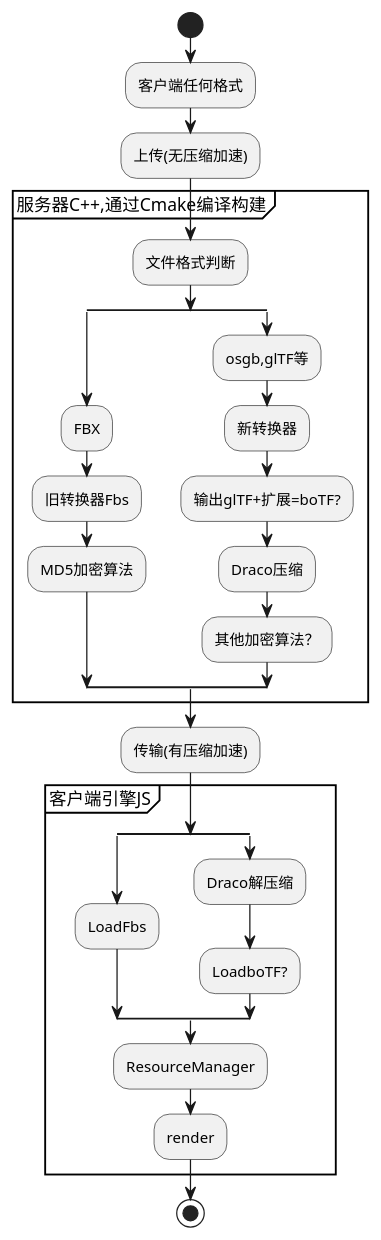
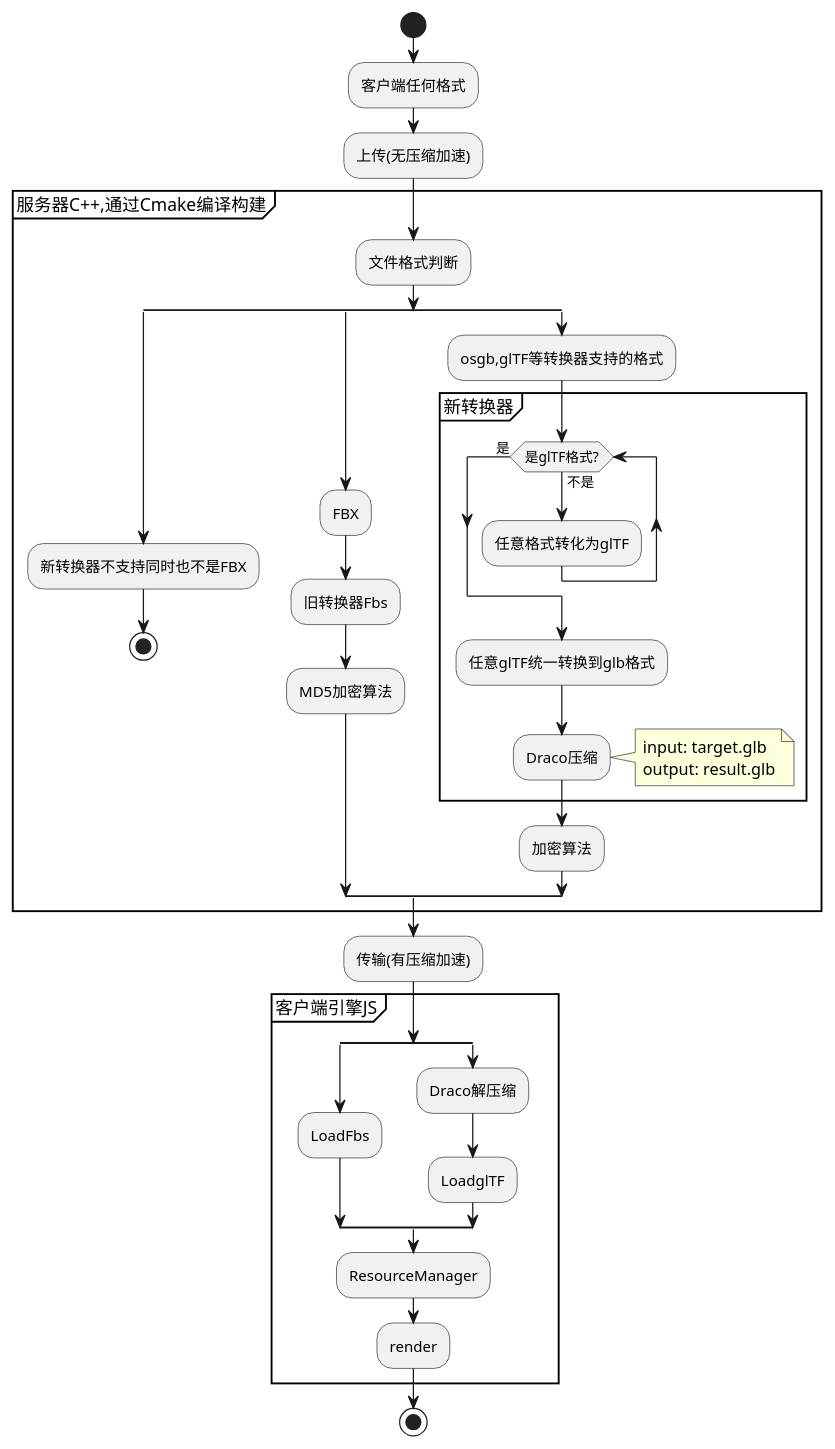
The diagram in UML/Bowell/NewConverter.pu (YoJitaku/knowledgeRepository), drawn with PlantUML before and after one commit. The commit also changed 5 other files, not shown here.

```diff
--- a/UML/Bowell/NewConverter.pu
+++ b/UML/Bowell/NewConverter.pu
@@ -1,31 +1,42 @@
 @startuml NewConverter
 start
 :客户端任何格式;
 :上传(无压缩加速);
 partition "服务器C++,通过Cmake编译构建"{
 :文件格式判断;
 split
+:新转换器不支持同时也不是FBX;
+stop;
+splitagain
 :FBX;
 :旧转换器Fbs;
 :MD5加密算法;
 splitagain
-:osgb,glTF等;
-:新转换器;
-:输出glTF+扩展=boTF?;
+:osgb,glTF等转换器支持的格式;
+partition "新转换器"{
+while(是glTF格式?) is (不是)
+:任意格式转化为glTF;
+endwhile(是)
+:任意glTF统一转换到glb格式;
 :Draco压缩;
-:其他加密算法？;
+note right
+input: target.glb
+output: result.glb
+endnote
+}
+:加密算法;
 endsplit
 }
 :传输(有压缩加速);
 partition "客户端引擎JS"{
 split
 :LoadFbs;
 splitagain
 :Draco解压缩;
-:LoadboTF?;
+:LoadglTF;
 endsplit
 :ResourceManager;
 :render;
 }
 stop
 @enduml
```
